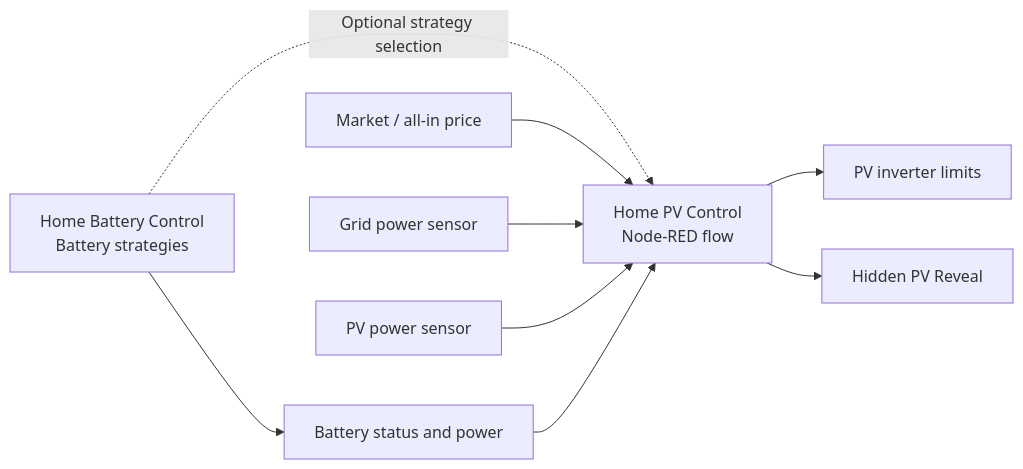
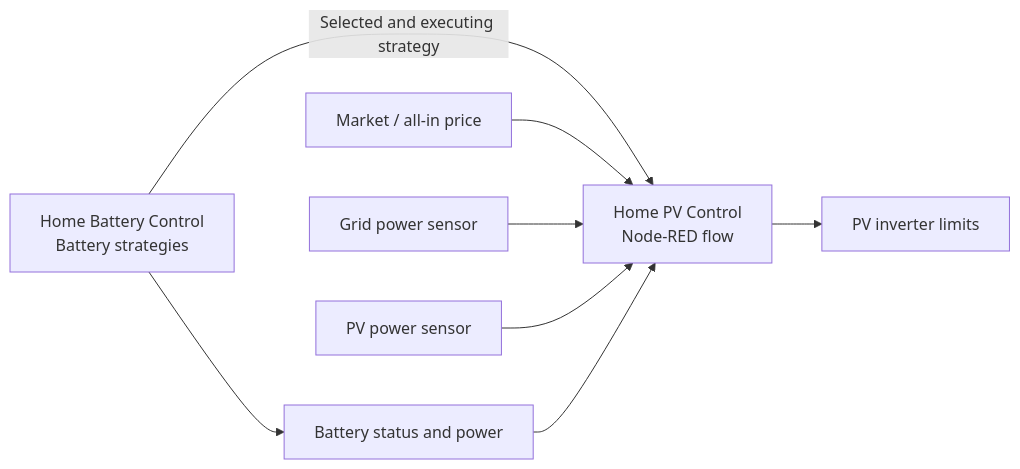
The diagram in README.md (BioPC/test), drawn with Mermaid before and after one commit. The commit also changed other lines of this file and 21 other files, not shown here.

````diff
--- a/README.md
+++ b/README.md
@@ -111,22 +109,20 @@
 ```mermaid
 flowchart LR
     HBC[Home Battery Control<br/>Battery strategies]
     BAT[Battery status and power]
     PRICE[Market / all-in price]
     GRID[Grid power sensor]
     PV[PV power sensor]
     HPVC[Home PV Control<br/>Node-RED flow]
     LIMITS[PV inverter limits]
-    REVEAL[Hidden PV Reveal]
 
     HBC --> BAT
-    HBC -. Optional strategy selection .-> HPVC
+    HBC -->|Selected and executing strategy| HPVC
 
     PRICE --> HPVC
     GRID --> HPVC
     PV --> HPVC
     BAT --> HPVC
 
     HPVC --> LIMITS
-    HPVC --> REVEAL
 ```
````
